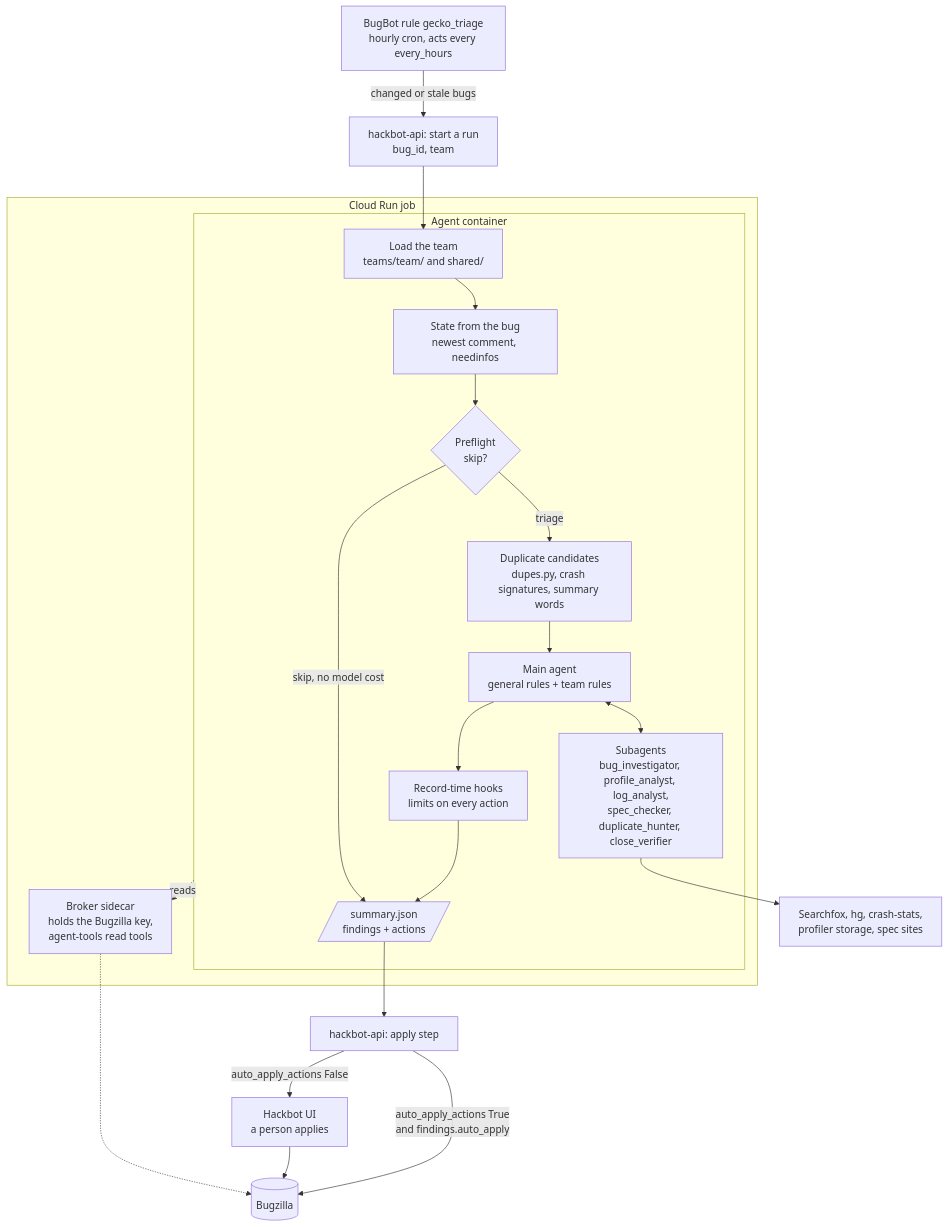
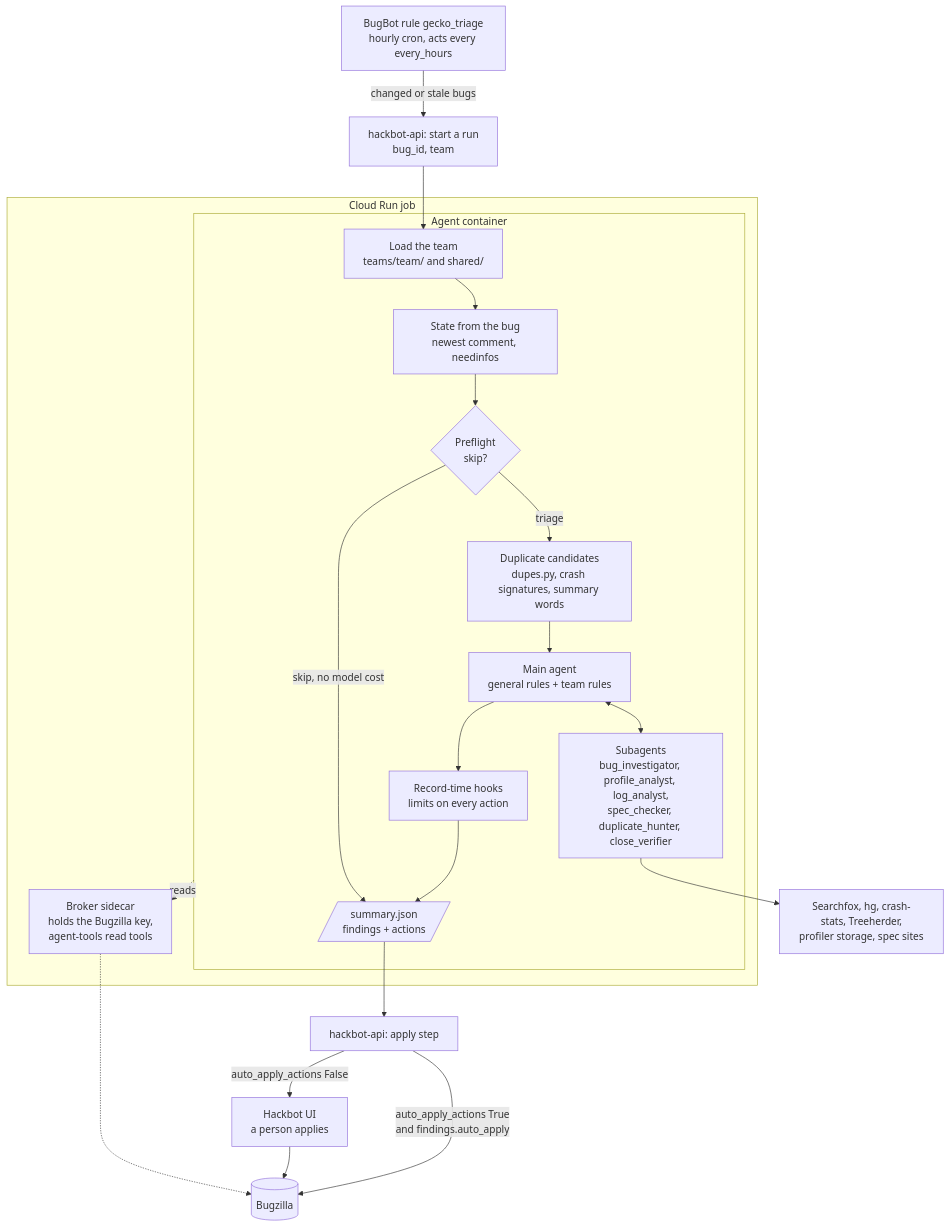
The diagram in agents/gecko-triage/README.md (mozilla/bugbug), drawn with Mermaid before and after one commit. The commit also changed other lines of this file and 6 other files, not shown here.

````diff
--- a/agents/gecko-triage/README.md
+++ b/agents/gecko-triage/README.md
@@ -46,35 +46,35 @@
 ```mermaid
 flowchart TD
     cron["BugBot rule gecko_triage<br/>hourly cron, acts every every_hours"]
     start["hackbot-api: start a run<br/>bug_id, team"]
 
     subgraph job["Cloud Run job"]
         subgraph agent["Agent container"]
             load["Load the team<br/>teams/team/ and shared/"]
             state["State from the bug<br/>newest comment, needinfos"]
             pre{"Preflight<br/>skip?"}
             dupes["Duplicate candidates<br/>dupes.py, crash signatures, summary words"]
             model["Main agent<br/>general rules + team rules"]
             subs["Subagents<br/>bug_investigator, profile_analyst, log_analyst,<br/>spec_checker, duplicate_hunter, close_verifier"]
             hooks["Record-time hooks<br/>limits on every action"]
             summary[/"summary.json<br/>findings + actions"/]
         end
         broker["Broker sidecar<br/>holds the Bugzilla key,<br/>agent-tools read tools"]
     end
 
-    ext["Searchfox, hg, crash-stats,<br/>profiler storage, spec sites"]
+    ext["Searchfox, hg, crash-stats, Treeherder,<br/>profiler storage, spec sites"]
     apply["hackbot-api: apply step"]
     ui["Hackbot UI<br/>a person applies"]
     bz[("Bugzilla")]
 
     cron -->|changed or stale bugs| start --> load
     load --> state --> pre
     pre -->|skip, no model cost| summary
     pre -->|triage| dupes --> model
     model <--> subs --> ext
     model --> hooks --> summary
     agent -.->|reads| broker -.-> bz
     summary --> apply
     apply -->|auto_apply_actions False| ui --> bz
     apply -->|"auto_apply_actions True<br/>and findings.auto_apply"| bz
 ```
````
